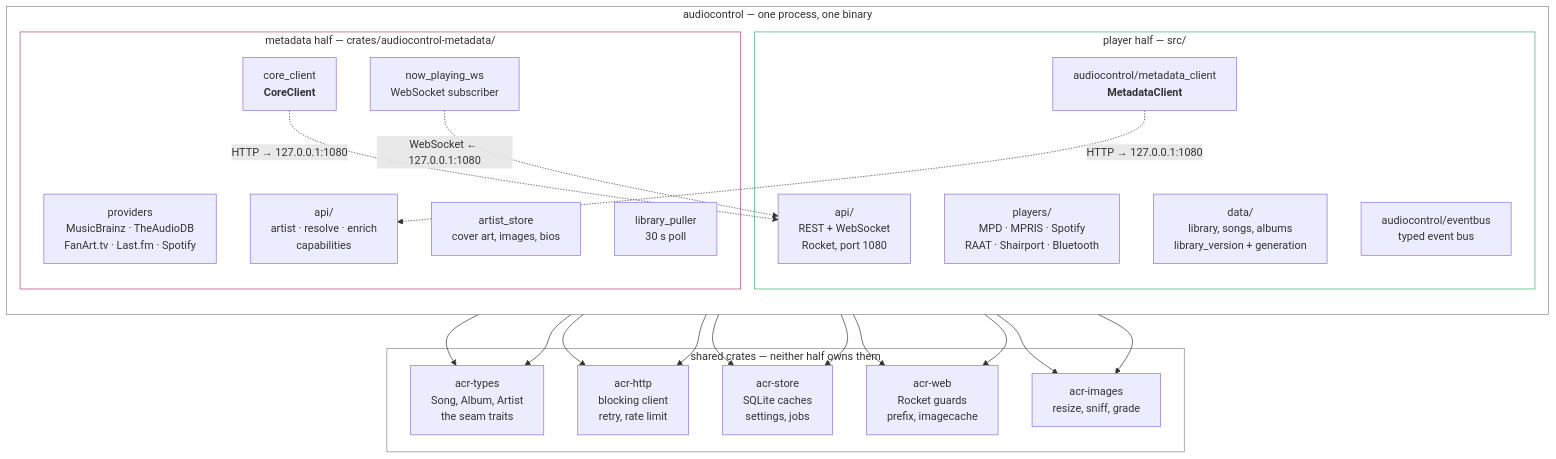
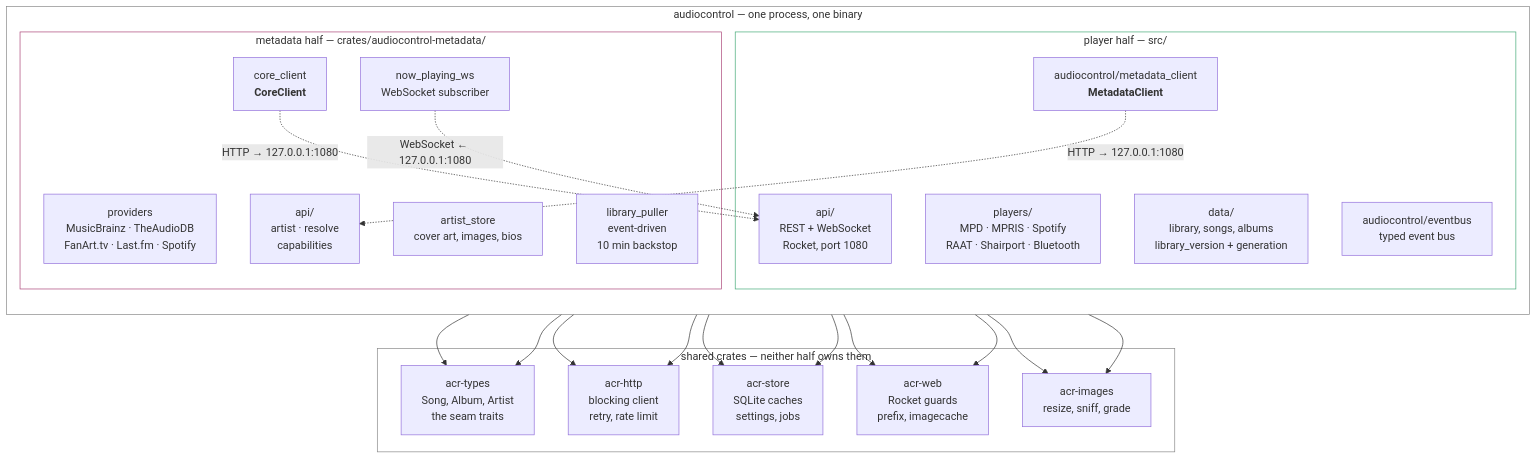
The first of 8 diagrams in doc/communications.md (hifiberry/acr), drawn with Mermaid before and after one commit. The commit also changed other lines of this file and 14 other files, not shown here.

````diff
--- a/doc/communications.md
+++ b/doc/communications.md
@@ -69,49 +69,49 @@
 ```mermaid
 graph TB
     subgraph bin["audiocontrol — one process, one binary"]
         direction TB
         subgraph player["player half — src/"]
             API["api/<br/>REST + WebSocket<br/>Rocket, port 1080"]
             PC["players/<br/>MPD · MPRIS · Spotify<br/>RAAT · Shairport · Bluetooth"]
             LIB["data/<br/>library, songs, albums<br/>library_version + generation"]
             BUS["audiocontrol/eventbus<br/>typed event bus"]
             MC["audiocontrol/metadata_client<br/><b>MetadataClient</b>"]
         end
         subgraph meta["metadata half — crates/audiocontrol-metadata/"]
             PROV["providers<br/>MusicBrainz · TheAudioDB<br/>FanArt.tv · Last.fm · Spotify"]
             STORE["artist_store<br/>cover art, images, bios"]
             WS["now_playing_ws<br/>WebSocket subscriber"]
-            PULL["library_puller<br/>30 s poll"]
+            PULL["library_puller<br/>event-driven<br/>10 min backstop"]
             CC["core_client<br/><b>CoreClient</b>"]
-            MAPI["api/<br/>artist · resolve · enrich<br/>capabilities"]
+            MAPI["api/<br/>artist · resolve<br/>capabilities"]
         end
     end
 
     subgraph shared["shared crates — neither half owns them"]
         T["acr-types<br/>Song, Album, Artist<br/>the seam traits"]
         H["acr-http<br/>blocking client<br/>retry, rate limit"]
         S["acr-store<br/>SQLite caches<br/>settings, jobs"]
         W["acr-web<br/>Rocket guards<br/>prefix, imagecache"]
         I["acr-images<br/>resize, sniff, grade"]
     end
 
     MC -.->|"HTTP → 127.0.0.1:1080"| MAPI
     CC -.->|"HTTP → 127.0.0.1:1080"| API
     WS -.->|"WebSocket ← 127.0.0.1:1080"| API
 
     LIB --> T
     API --> W
     MC --> H
     LIB --> S
     API --> I
     PROV --> T
     CC --> H
     STORE --> S
     MAPI --> W
     STORE --> I
 
     style bin fill:none,stroke:#888
     style player fill:none,stroke:#4a7
     style meta fill:none,stroke:#a47
     style shared fill:none,stroke:#888
 ```
````
